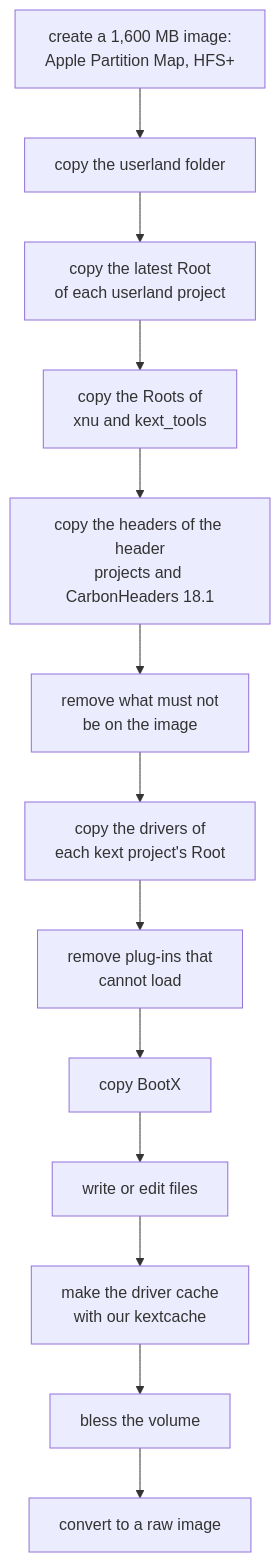
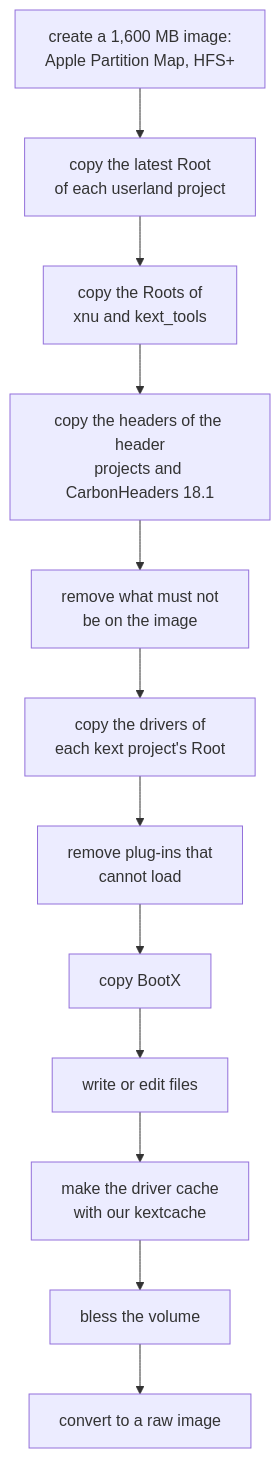
The diagram in docs/src/method/making-the-image.md (nyg/PowerDarwin), drawn with Mermaid before and after one commit. The commit also changed other lines of this file and 5 other files, not shown here.

Commit message:
build: copy every userland Root in make-test-image and drop the hand-made folder

````diff
--- a/docs/src/method/making-the-image.md
+++ b/docs/src/method/making-the-image.md
@@ -17,15 +17,14 @@
 ```mermaid
 flowchart TD
-    A["create a 1,600 MB image:<br/>Apple Partition Map, HFS+"] --> B["copy the userland folder"]
-    B --> C["copy the latest Root<br/>of each userland project"]
+    A["create a 1,600 MB image:<br/>Apple Partition Map, HFS+"] --> C["copy the latest Root<br/>of each userland project"]
     C --> D["copy the Roots of<br/>xnu and kext_tools"]
     D --> D2["copy the headers of the header<br/>projects and CarbonHeaders 18.1"]
     D2 --> E["remove what must not<br/>be on the image"]
     E --> F["copy the drivers of<br/>each kext project's Root"]
     F --> G["remove plug-ins that<br/>cannot load"]
     G --> H["copy BootX"]
     H --> I["write or edit files"]
     I --> J["make the driver cache<br/>with our kextcache"]
     J --> K["bless the volume"]
     K --> L["convert to a raw image"]
 ```
````
